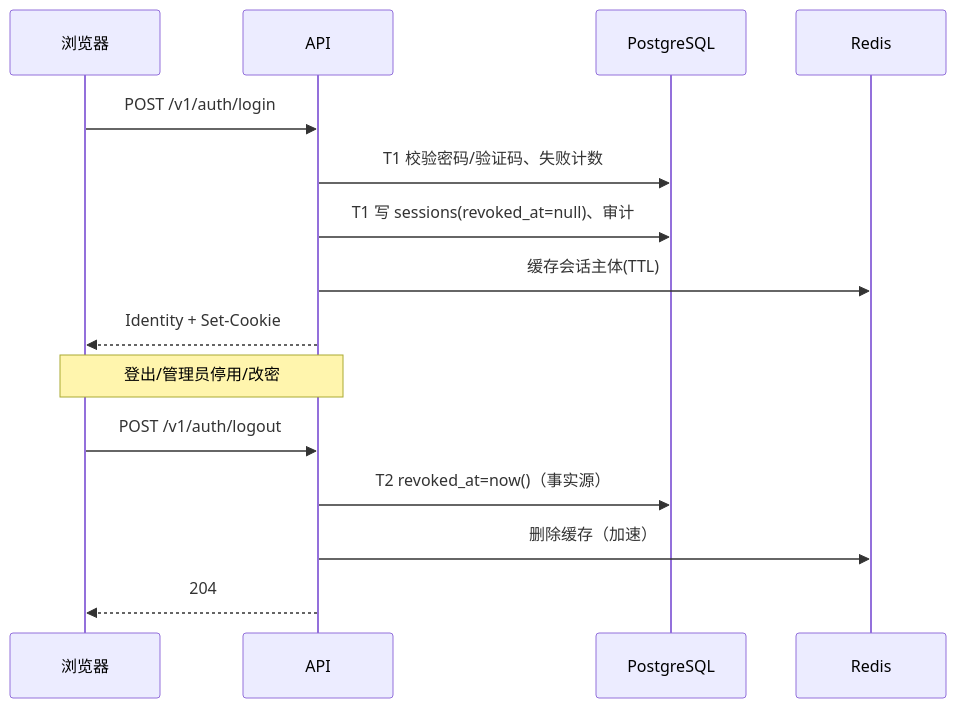
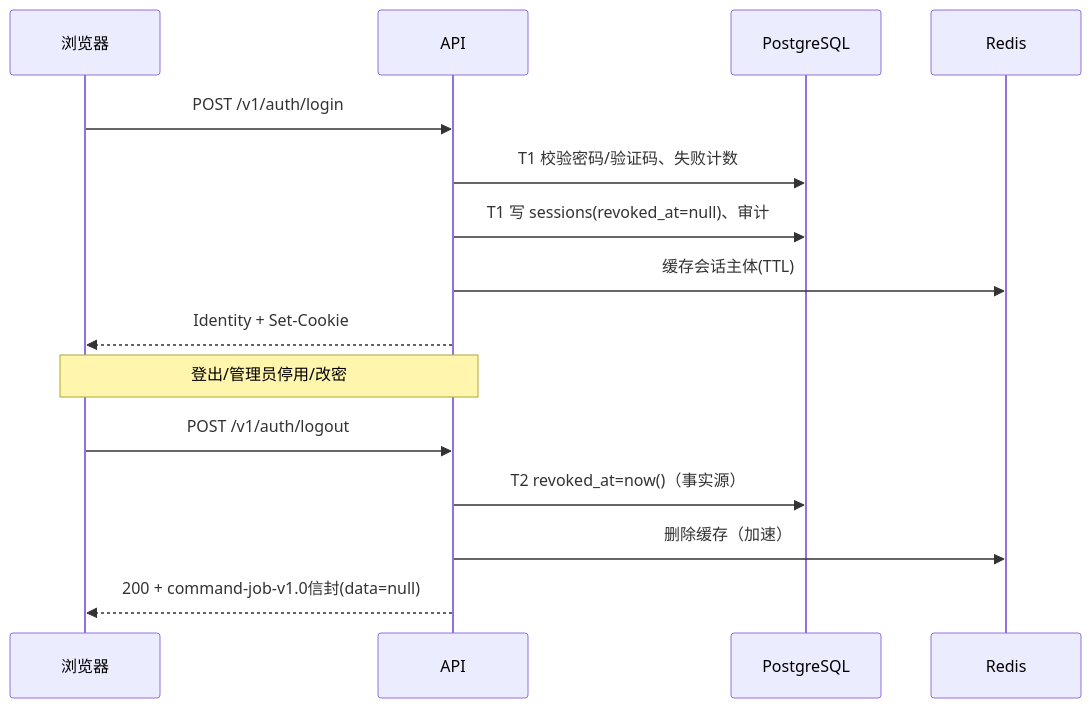
One commit to xiansheng-Lu/yizhi-yuliang changed the first of 9 diagrams in docs/backend/architecture/15-关键链路时序与事务边界.md. Above: the diagram before and after it, drawn with Mermaid. The commit also changed other lines of this file and 16 other files, not shown here.

````diff
--- a/docs/backend/architecture/15-关键链路时序与事务边界.md
+++ b/docs/backend/architecture/15-关键链路时序与事务边界.md
@@ -15,17 +15,17 @@
 ```mermaid
 sequenceDiagram
   participant U as 浏览器
   participant API
   participant PG as PostgreSQL
   participant R as Redis
   U->>API: POST /v1/auth/login
   API->>PG: T1 校验密码/验证码、失败计数
   API->>PG: T1 写 sessions(revoked_at=null)、审计
   API->>R: 缓存会话主体(TTL)
   API-->>U: Identity + Set-Cookie
   Note over U,API: 登出/管理员停用/改密
   U->>API: POST /v1/auth/logout
   API->>PG: T2 revoked_at=now()（事实源）
   API->>R: 删除缓存（加速）
-  API-->>U: 204
+  API-->>U: 200 + command-job-v1.0信封(data=null)
 ```
````
